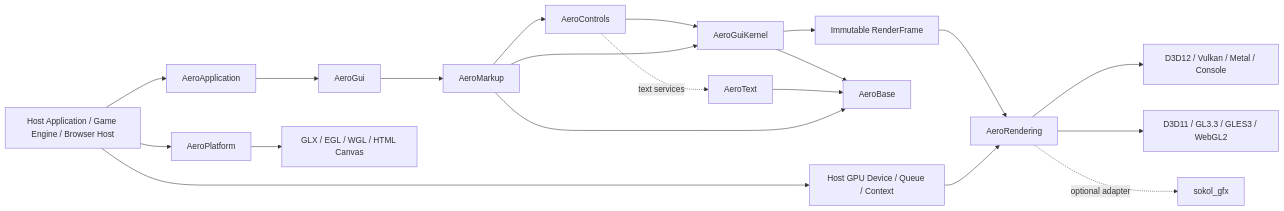
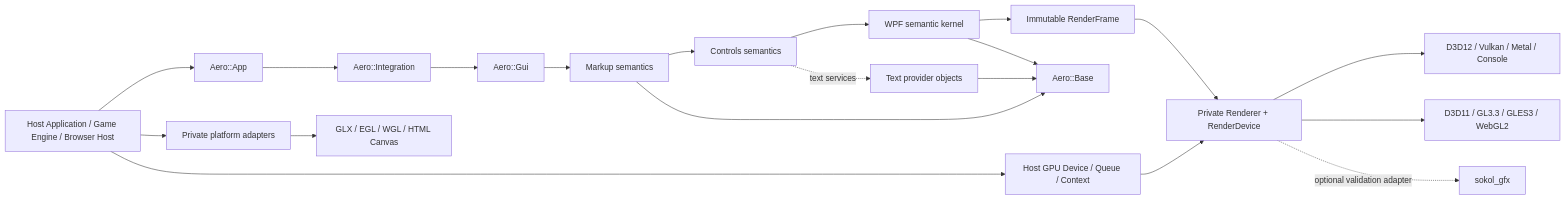
One commit to smithw2055-rgb/AeroGUI changed the diagram in README.md. Above: the diagram before and after it, drawn with Mermaid. The commit also changed other lines of this file and 85 other files, not shown here.

````diff
--- a/README.md
+++ b/README.md
@@ -120,27 +121,27 @@
 ```mermaid
 flowchart LR
-    Host[Host Application / Game Engine / Browser Host] --> Platform[AeroPlatform]
-    Host --> App[AeroApplication]
+    Host[Host Application / Game Engine / Browser Host] --> Platform[Private platform adapters]
+    Host --> App[Aero::App]
     Host --> Device[Host GPU Device / Queue / Context]
 
-    App --> Gui[AeroGui]
-    Gui --> Markup[AeroMarkup]
-    Markup --> Controls[AeroControls]
-    Controls --> Core[AeroGuiKernel]
-    Markup --> Core
-    Controls -. text services .-> Text[AeroText]
+    App --> Integration[Aero::Integration]
+    Integration --> Gui[Aero::Gui]
+    Gui --> Markup[Markup semantics]
+    Markup --> Controls[Controls semantics]
+    Controls --> Kernel[WPF semantic kernel]
+    Controls -. text services .-> Text[Text provider objects]
 
-    Core --> Base[AeroBase]
+    Kernel --> Base[Aero::Base]
     Text --> Base
     Markup --> Base
 
-    Core --> Tx[Immutable RenderFrame]
-    Tx --> Rendering[AeroRendering]
-    Device --> Rendering
+    Kernel --> Frame[Immutable RenderFrame]
+    Frame --> Renderer[Private Renderer + RenderDevice]
+    Device --> Renderer
 
-    Rendering --> Modern[D3D12 / Vulkan / Metal / Console]
-    Rendering --> Compat[D3D11 / GL3.3 / GLES3 / WebGL2]
-    Rendering -. optional adapter .-> Sokol[sokol_gfx]
+    Renderer --> Modern[D3D12 / Vulkan / Metal / Console]
+    Renderer --> Compat[D3D11 / GL3.3 / GLES3 / WebGL2]
+    Renderer -. optional validation adapter .-> Sokol[sokol_gfx]
 
     Platform --> Surface[GLX / EGL / WGL / HTML Canvas]
 ```
````
